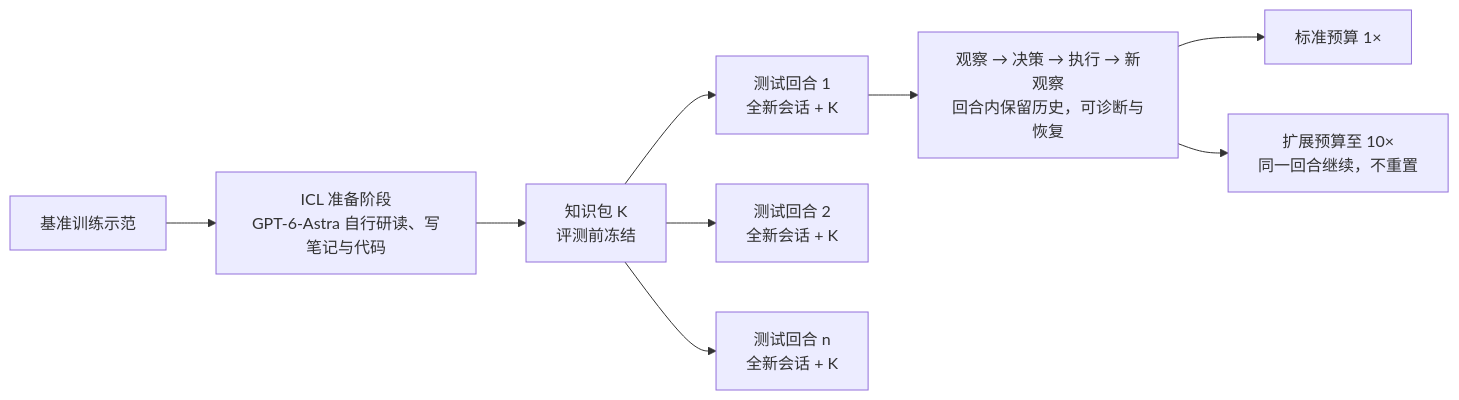
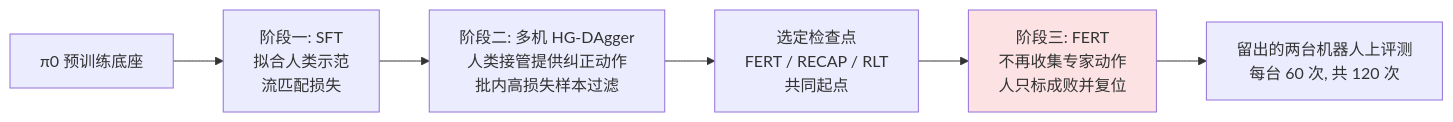
Before and after one commit to yingwang/paper-reads: the third of 7 diagrams in docs/index.md, drawn with Mermaid. The commit also changed other lines of this file and 2 other files, not shown here.

````diff
--- a/docs/index.md
+++ b/docs/index.md
@@ -99,11 +156,9 @@
 ```mermaid
 flowchart LR
-    T["基准训练示范"] --> P["ICL 准备阶段<br/>GPT-6-Astra 自行研读、写笔记与代码"]
-    P --> K["知识包 K<br/>评测前冻结"]
-    K --> E1["测试回合 1<br/>全新会话 + K"]
-    K --> E2["测试回合 2<br/>全新会话 + K"]
-    K --> E3["测试回合 n<br/>全新会话 + K"]
-    E1 --> L["观察 → 决策 → 执行 → 新观察<br/>回合内保留历史，可诊断与恢复"]
-    L --> B1["标准预算 1×"]
-    L --> B2["扩展预算至 10×<br/>同一回合继续，不重置"]
+    S0["π0 预训练底座"] --> S1["阶段一: SFT<br/>拟合人类示范<br/>流匹配损失"]
+    S1 --> S2["阶段二: 多机 HG-DAgger<br/>人类接管提供纠正动作<br/>批内高损失样本过滤"]
+    S2 --> CK["选定检查点<br/>FERT / RECAP / RLT<br/>共同起点"]
+    CK --> S3["阶段三: FERT<br/>不再收集专家动作<br/>人只标成败并复位"]
+    S3 --> EV["留出的两台机器人上评测<br/>每台 60 次, 共 120 次"]
+    style S3 fill:#fde2e4
 ```
````
